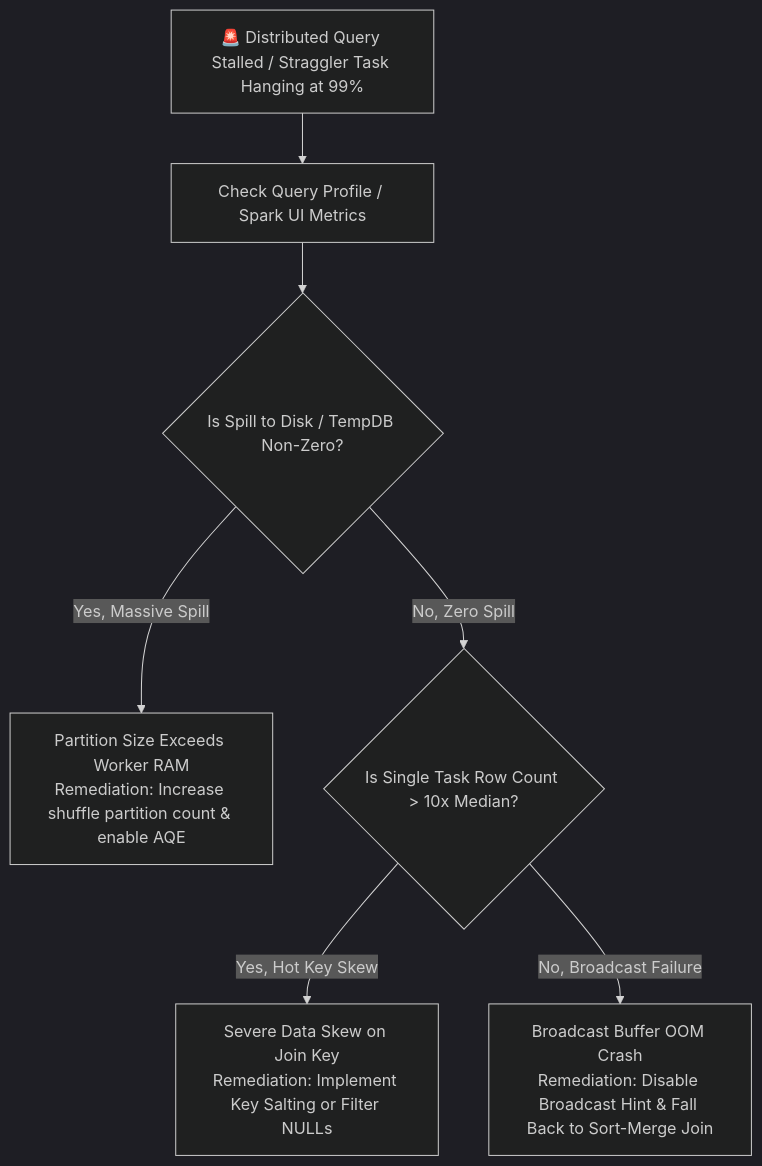
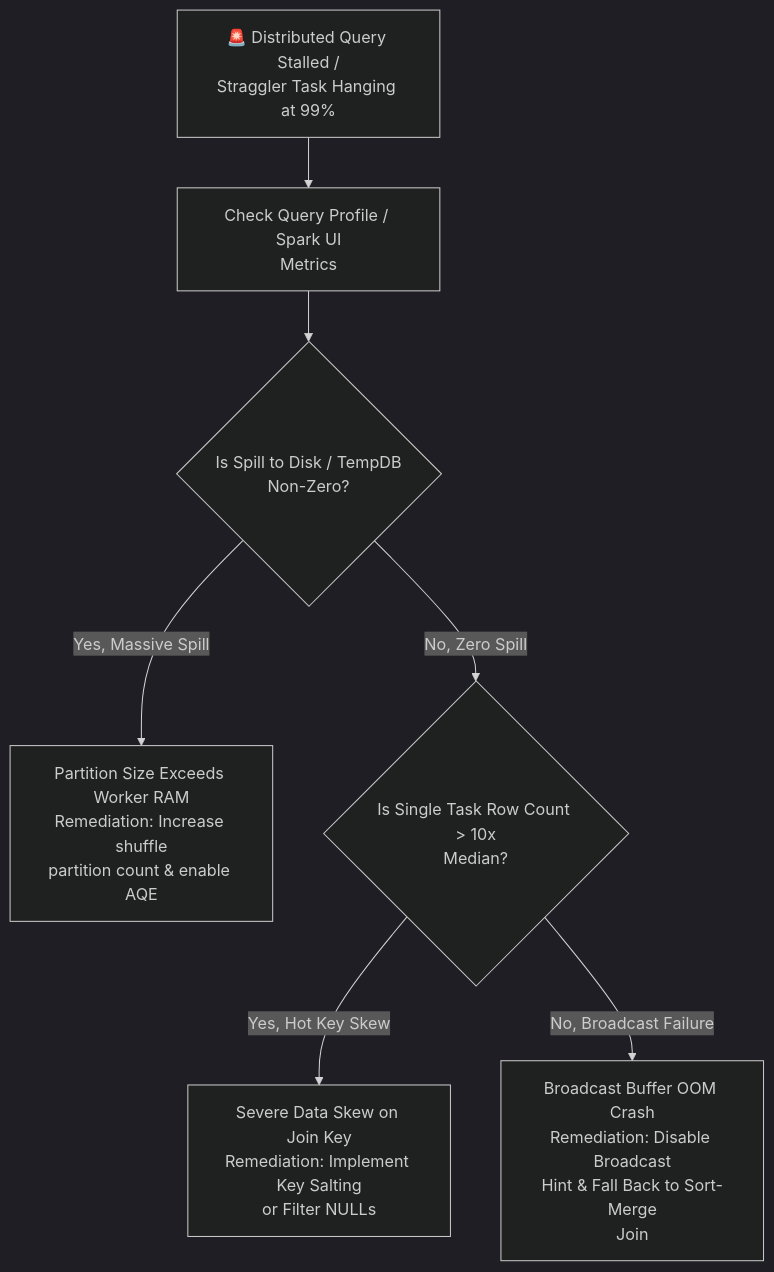
One commit to santoshjammi29/sql-handbook changed the diagram in runbooks/03_mpp_skew_spill_and_broadcast_failures.md. Above: the diagram before and after it, drawn with Mermaid (dark theme). The commit also changed 17 other files, not shown here.

Commit message:
fix(diagrams): word-wrap labels and escape comparison operators across all diagrams

````diff
--- a/runbooks/03_mpp_skew_spill_and_broadcast_failures.md
+++ b/runbooks/03_mpp_skew_spill_and_broadcast_failures.md
@@ -11,11 +11,11 @@
 ```mermaid
 flowchart TD
-    MPPAlert["🚨 Distributed Query Stalled / Straggler Task Hanging at 99%"] --> CheckMetrics["Check Query Profile / Spark UI Metrics"]
+    MPPAlert["🚨 Distributed Query Stalled /<br/>Straggler Task Hanging at 99%"] --> CheckMetrics["Check Query Profile / Spark UI<br/>Metrics"]
 
-    CheckMetrics --> CheckSpill{"Is Spill to Disk / TempDB Non-Zero?"}
-    CheckSpill -->|"Yes, Massive Spill"| SpillTriage["Partition Size Exceeds Worker RAM<br/>Remediation: Increase shuffle partition count & enable AQE"]
-    CheckSpill -->|"No, Zero Spill"| CheckSkew{"Is Single Task Row Count > 10x Median?"}
+    CheckMetrics --> CheckSpill{"Is Spill to Disk / TempDB<br/>Non-Zero?"}
+    CheckSpill -->|"Yes, Massive Spill"| SpillTriage["Partition Size Exceeds Worker RAM<br/>Remediation: Increase shuffle<br/>partition count & enable AQE"]
+    CheckSpill -->|"No, Zero Spill"| CheckSkew{"Is Single Task Row Count &gt; 10x<br/>Median?"}
 
-    CheckSkew -->|"Yes, Hot Key Skew"| SkewTriage["Severe Data Skew on Join Key<br/>Remediation: Implement Key Salting or Filter NULLs"]
-    CheckSkew -->|"No, Broadcast Failure"| BroadcastTriage["Broadcast Buffer OOM Crash<br/>Remediation: Disable Broadcast Hint & Fall Back to Sort-Merge Join"]
+    CheckSkew -->|"Yes, Hot Key Skew"| SkewTriage["Severe Data Skew on Join Key<br/>Remediation: Implement Key Salting<br/>or Filter NULLs"]
+    CheckSkew -->|"No, Broadcast Failure"| BroadcastTriage["Broadcast Buffer OOM Crash<br/>Remediation: Disable Broadcast<br/>Hint & Fall Back to Sort-Merge<br/>Join"]
 ```
````
